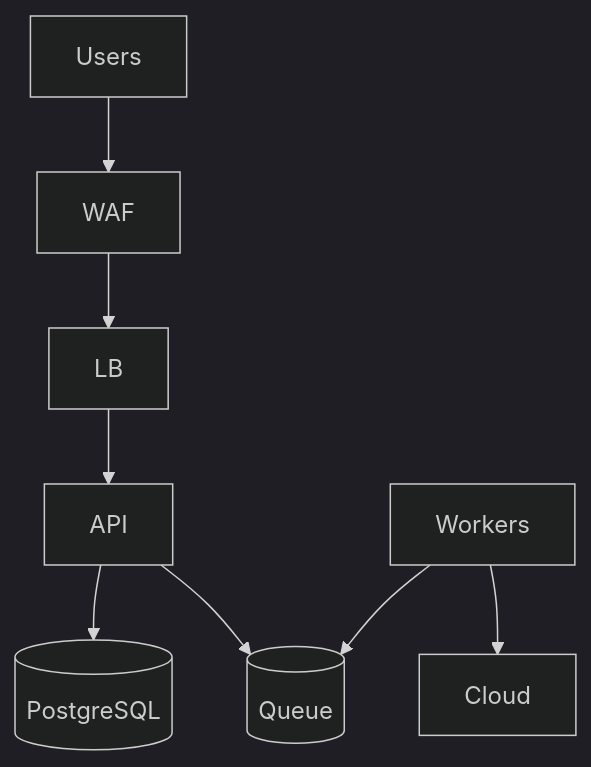
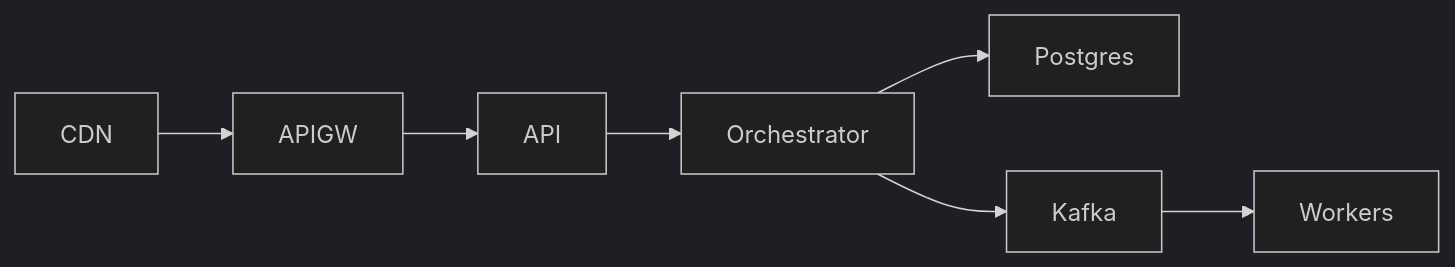
Before and after one commit to 0Ankit0/Project-Ideas: the diagram in Resource Lifecycle Management Platform/infrastructure/deployment-diagram.md, drawn with Mermaid (dark theme). The commit also changed other lines of this file and 37 other files, not shown here.

````diff
--- a/Resource Lifecycle Management Platform/infrastructure/deployment-diagram.md
+++ b/Resource Lifecycle Management Platform/infrastructure/deployment-diagram.md
@@ -3,8 +34,8 @@
 ```mermaid
-flowchart TB
-  Users --> WAF --> LB --> API
-  API --> DB[(PostgreSQL)]
-  API --> MQ[(Queue)]
-  Workers --> MQ
-  Workers --> Cloud
+flowchart LR
+  CDN --> APIGW --> API
+  API --> Orchestrator
+  Orchestrator --> Postgres
+  Orchestrator --> Kafka
+  Kafka --> Workers
 ```
````
